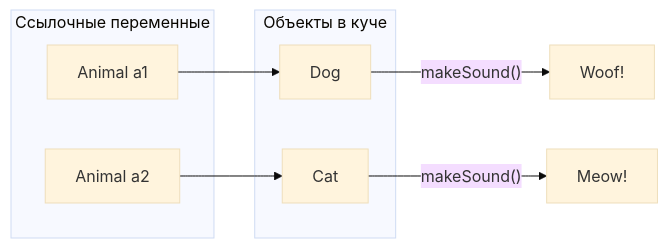
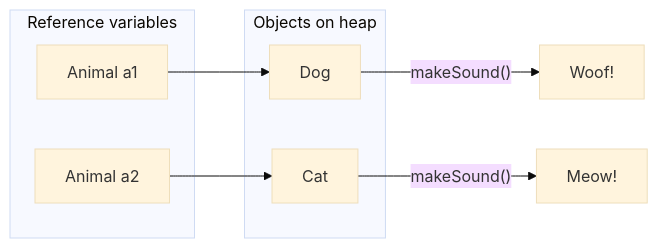
Before and after one commit to ModernProgrammingTech2026/mpt-lab-02-starter: the fourth of 10 diagrams in oop-types-and-design-ru.md, drawn with Mermaid (base theme). The commit also changed other lines of this file, not shown here.

````diff
--- a/oop-types-and-design-ru.md
+++ b/oop-types-and-design-ru.md
@@ -145,15 +145,15 @@
 ```mermaid
 flowchart LR
-    subgraph refs [Ссылочные переменные]
+    subgraph refs [Reference variables]
         A1["Animal a1"]
         A2["Animal a2"]
     end
-    subgraph heap [Объекты в куче]
+    subgraph heap [Objects on heap]
         D["Dog"]
         C["Cat"]
     end
     A1 --> D
     A2 --> C
     D -->|"makeSound()"| R1["Woof!"]
     C -->|"makeSound()"| R2["Meow!"]
 ```
````
